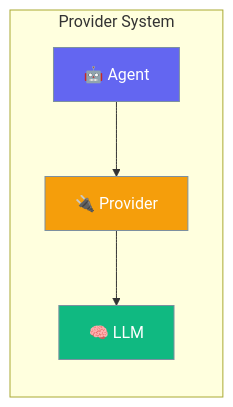
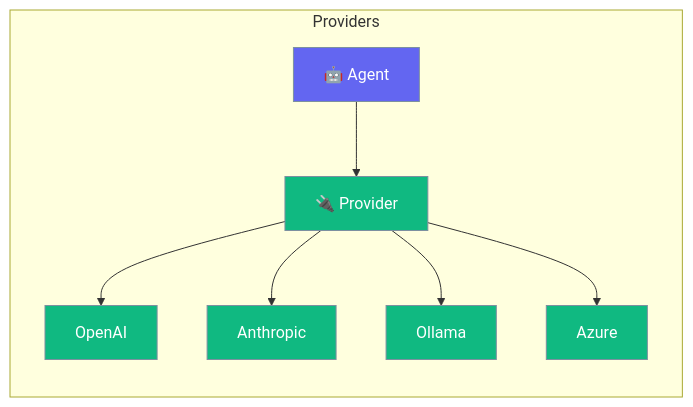
One commit to MervinPraison/PraisonAIDocs changed the diagram in docs/rust/providers.mdx. Above: the diagram before and after it, drawn with Mermaid. The commit also changed other lines of this file and 87 other files, not shown here.

````diff
--- a/docs/rust/providers.mdx
+++ b/docs/rust/providers.mdx
@@ -10,15 +10,16 @@
 ```mermaid
 graph LR
-    subgraph "Provider System"
+    subgraph "Providers"
         A[🤖 Agent] --> P[🔌 Provider]
-        P --> L[🧠 LLM]
+        P --> O[OpenAI]
+        P --> AN[Anthropic]
+        P --> OL[Ollama]
+        P --> AZ[Azure]
     end
     
     classDef agent fill:#6366F1,stroke:#7C90A0,color:#fff
-    classDef provider fill:#F59E0B,stroke:#7C90A0,color:#fff
-    classDef llm fill:#10B981,stroke:#7C90A0,color:#fff
+    classDef provider fill:#10B981,stroke:#7C90A0,color:#fff
     
     class A agent
-    class P provider
-    class L llm
+    class P,O,AN,OL,AZ provider
 ```
````
